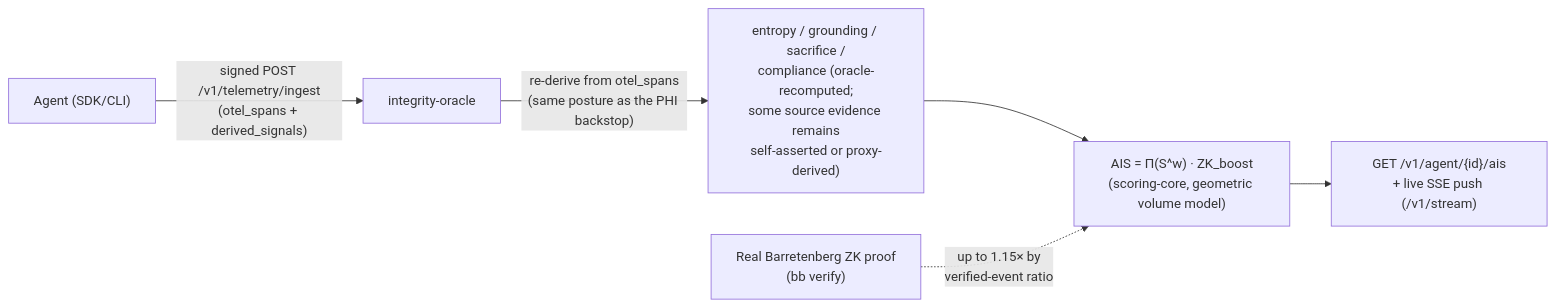
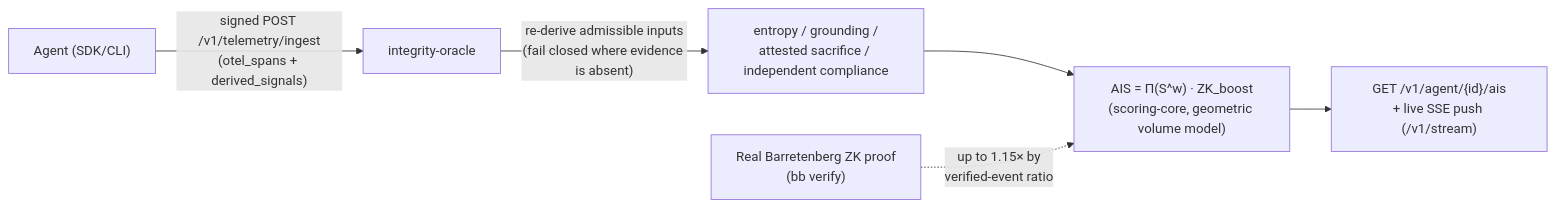
The diagram in docs/wiki/concepts/ais.md (XibalbaTechSol/integrity-core), drawn with Mermaid before and after one commit. The commit also changed other lines of this file and 98 other files, not shown here.

````diff
--- a/docs/wiki/concepts/ais.md
+++ b/docs/wiki/concepts/ais.md
@@ -54,8 +57,8 @@
 ```mermaid
 flowchart LR
     Agent["Agent (SDK/CLI)"] -->|"signed POST /v1/telemetry/ingest<br/>(otel_spans + derived_signals)"| Oracle["integrity-oracle"]
-    Oracle -->|"re-derive from otel_spans<br/>(same posture as the PHI backstop)"| Recompute["entropy / grounding / sacrifice /<br/>compliance (oracle-recomputed;<br/>some source evidence remains<br/>self-asserted or proxy-derived)"]
+    Oracle -->|"re-derive admissible inputs<br/>(fail closed where evidence is absent)"| Recompute["entropy / grounding /<br/>attested sacrifice / independent compliance"]
     Recompute --> Formula["AIS = Π(S^w) · ZK_boost<br/>(scoring-core, geometric volume model)"]
     ZK["Real Barretenberg ZK proof<br/>(bb verify)"] -.->|"up to 1.15× by<br/>verified-event ratio"| Formula
     Formula --> API["GET /v1/agent/{id}/ais<br/>+ live SSE push (/v1/stream)"]
 ```
````
